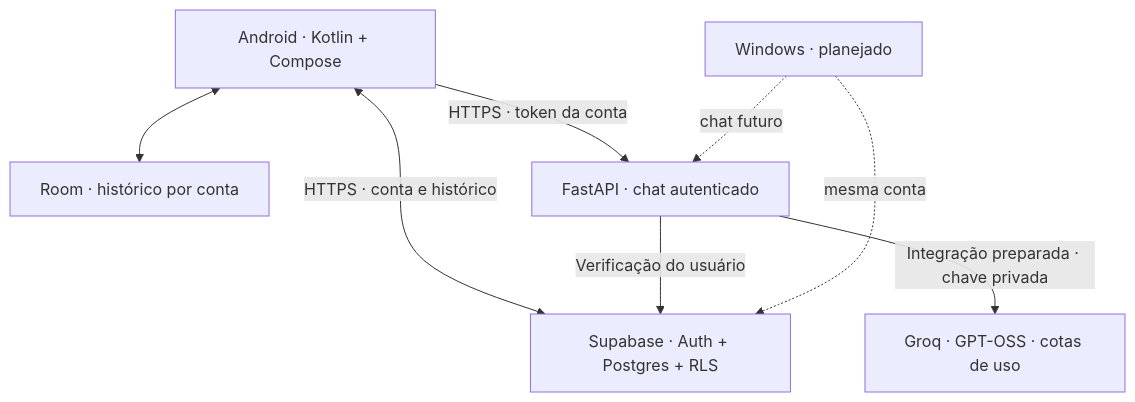
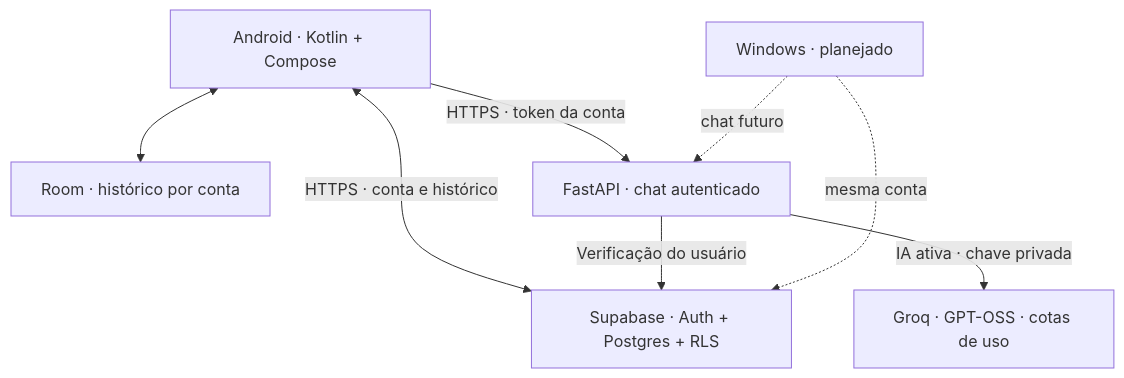
Before and after one commit to Thiagofefe54/assistente-pessoal: the second of 2 diagrams in README.md, drawn with Mermaid. The commit also changed other lines of this file and 5 other files, not shown here.

````diff
--- a/README.md
+++ b/README.md
@@ -118,10 +118,10 @@
 ```mermaid
 flowchart TD
     A[Android · Kotlin + Compose] <--> R[Room · histórico por conta]
     A <-->|HTTPS · conta e histórico| S[Supabase · Auth + Postgres + RLS]
     A -->|HTTPS · token da conta| B[FastAPI · chat autenticado]
     B -->|Verificação do usuário| S
-    B -->|Integração preparada · chave privada| I[Groq · GPT-OSS · cotas de uso]
+    B -->|IA ativa · chave privada| I[Groq · GPT-OSS · cotas de uso]
     W[Windows · planejado] -. mesma conta .-> S
     W -. chat futuro .-> B
 ```
````
